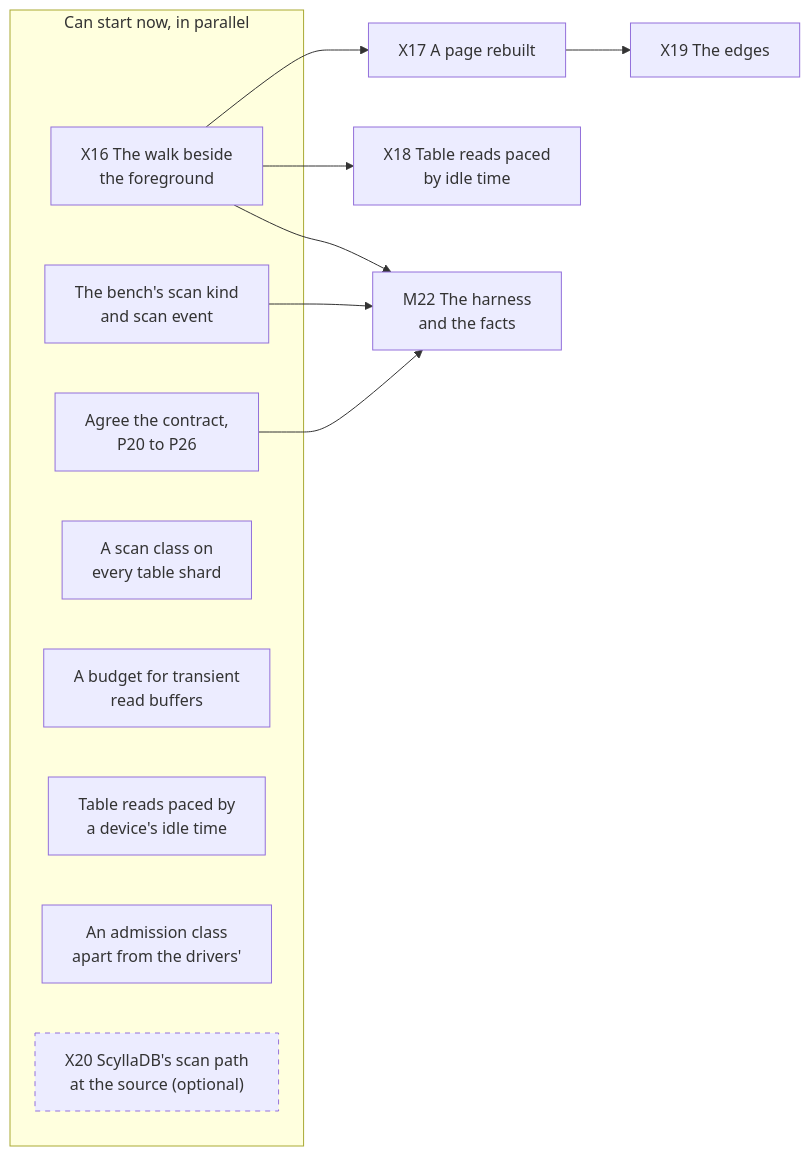
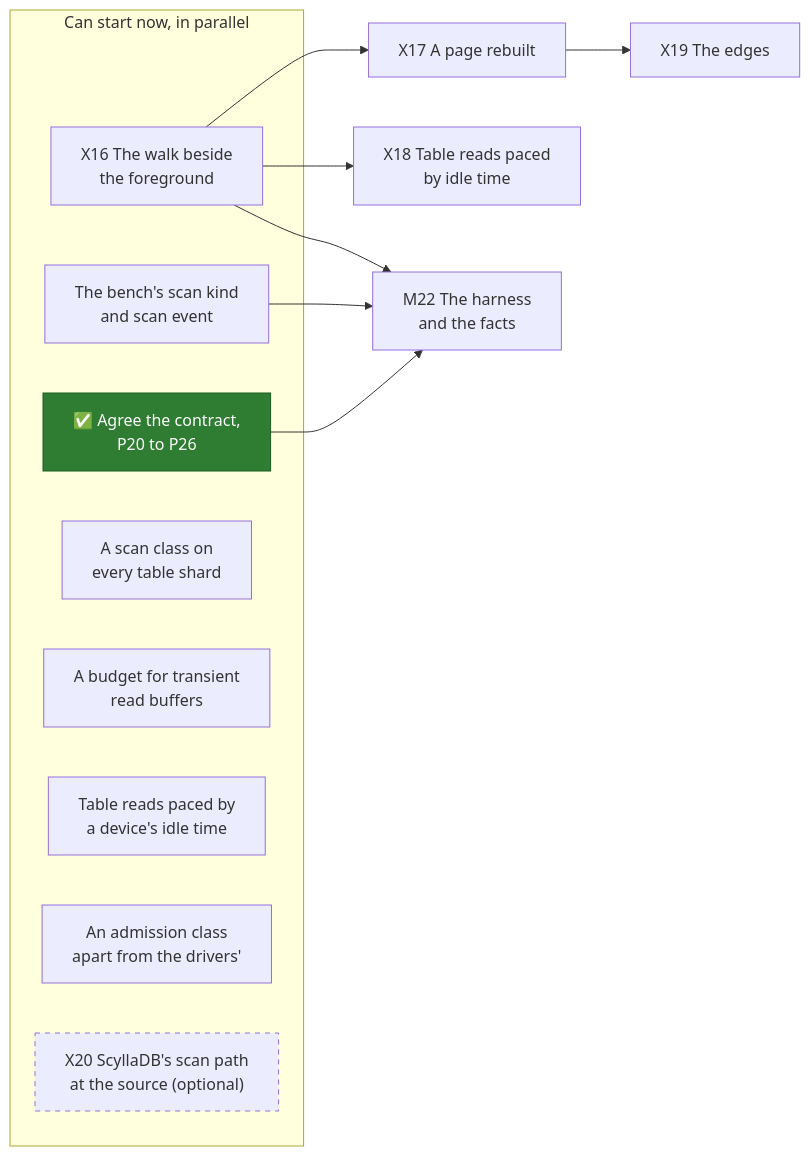
Before and after one commit to mjcarson/shoal: the first of 2 diagrams in docs/src/future-work/scans/whats-left-todo.md, drawn with Mermaid. The commit also changed other lines of this file and 3 other files, not shown here.

First line of the commit message:
docs(scans): agree the scans contract, P20 to P26

````diff
--- a/docs/src/future-work/scans/whats-left-todo.md
+++ b/docs/src/future-work/scans/whats-left-todo.md
@@ -26,25 +28,25 @@
 ```mermaid
 flowchart LR
     classDef done fill:#2e7d32,stroke:#1b5e20,color:#ffffff
     classDef optional stroke-dasharray: 5 5
     subgraph now["Can start now, in parallel"]
-        Contract["Agree the contract,<br>P20 to P26"]
+        Contract["✅ Agree the contract,<br>P20 to P26"]:::done
         X16["X16 The walk beside<br>the foreground"]
         Bench["The bench's scan kind<br>and scan event"]
         Class["A scan class on<br>every table shard"]
         Budget["A budget for transient<br>read buffers"]
         Pace["Table reads paced by<br>a device's idle time"]
         Admit["An admission class<br>apart from the drivers'"]
         X20["X20 ScyllaDB's scan path<br>at the source (optional)"]:::optional
     end
     X17["X17 A page rebuilt"]
     X18["X18 Table reads paced<br>by idle time"]
     X19["X19 The edges"]
     M22["M22 The harness<br>and the facts"]
     X16 --> X17
     X16 --> X18
     X17 --> X19
     Contract --> M22
     Bench --> M22
     X16 --> M22
 ```
````
